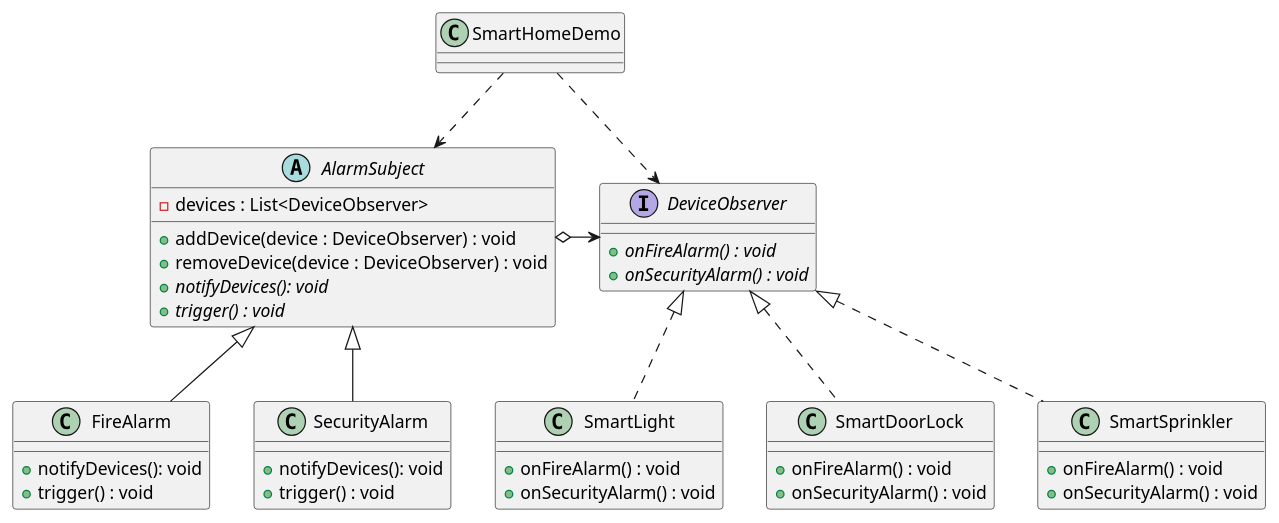
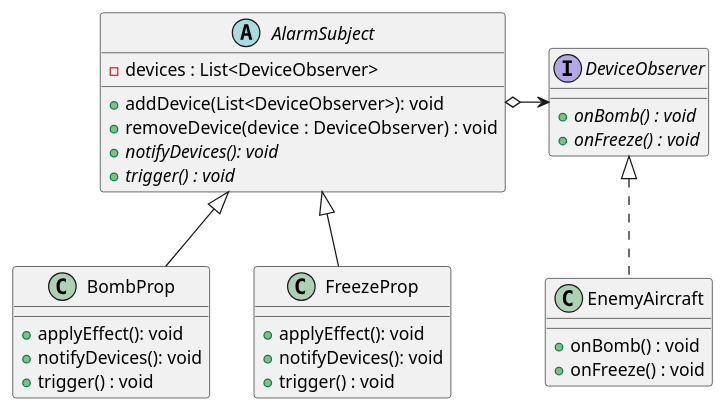
One commit to AlFinding/aircraft changed the diagram in uml/ObserverPattern.puml. Above: the diagram before and after it, drawn with PlantUML. The commit also changed 4 other files, not shown here.

Commit message:
第六次实验新增uml图

```diff
--- a/uml/ObserverPattern.puml
+++ b/uml/ObserverPattern.puml
@@ -1,58 +1,43 @@
 @startuml
 
 
 interface DeviceObserver {
-    +{abstract}onFireAlarm() : void
-    +{abstract}onSecurityAlarm() : void
+    + {abstract} onBomb() : void
+    + {abstract} onFreeze() : void
 }
 
-class SmartLight {
-    +onFireAlarm() : void
-    +onSecurityAlarm() : void
+class EnemyAircraft {
+    + onBomb() : void
+    + onFreeze() : void
 }
 
-class SmartDoorLock {
-    +onFireAlarm() : void
-    +onSecurityAlarm() : void
+abstract class AlarmSubject {
+    - devices : List<DeviceObserver>
+    + addDevice(List<DeviceObserver>): void
+    + removeDevice(device : DeviceObserver) : void
+    + {abstract} notifyDevices(): void
+    + {abstract} trigger() : void
 }
 
-class SmartSprinkler {
-    +onFireAlarm() : void
-    +onSecurityAlarm() : void
+class BombProp {
+    + applyEffect(): void
+    + notifyDevices(): void
+    + trigger() : void
 }
 
-
-abstract class AlarmSubject {
-    -devices : List<DeviceObserver>
-    +addDevice(device : DeviceObserver) : void
-    +removeDevice(device : DeviceObserver) : void
-    +{abstract}notifyDevices(): void
-    +{abstract}trigger() : void
+class FreezeProp {
+    + applyEffect(): void
+    + notifyDevices(): void
+    + trigger() : void
 }
 
-class FireAlarm {
-    +notifyDevices(): void
-    +trigger() : void
-}
+EnemyAircraft .up.|>  DeviceObserver
 
-class SecurityAlarm {
-    +notifyDevices(): void
-    +trigger() : void
-}
-
-class SmartHomeDemo {
-}
-
-SmartLight .up.|>  DeviceObserver
-SmartDoorLock .up.|> DeviceObserver
-SmartSprinkler .up.|>  DeviceObserver
-
-FireAlarm -up-|> AlarmSubject
-SecurityAlarm -up-|> AlarmSubject
+BombProp -up-|> AlarmSubject
+FreezeProp -up-|> AlarmSubject
 
 
 AlarmSubject o-right-> DeviceObserver
-SmartHomeDemo ..> AlarmSubject
-SmartHomeDemo ..> DeviceObserver
+
 
 @enduml
```
